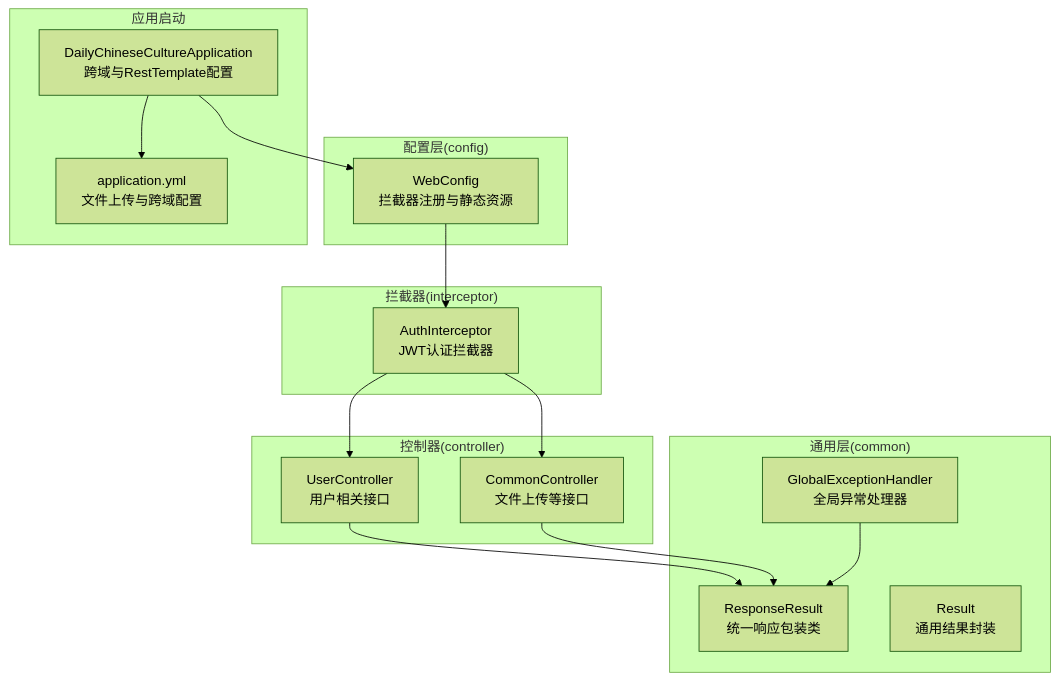
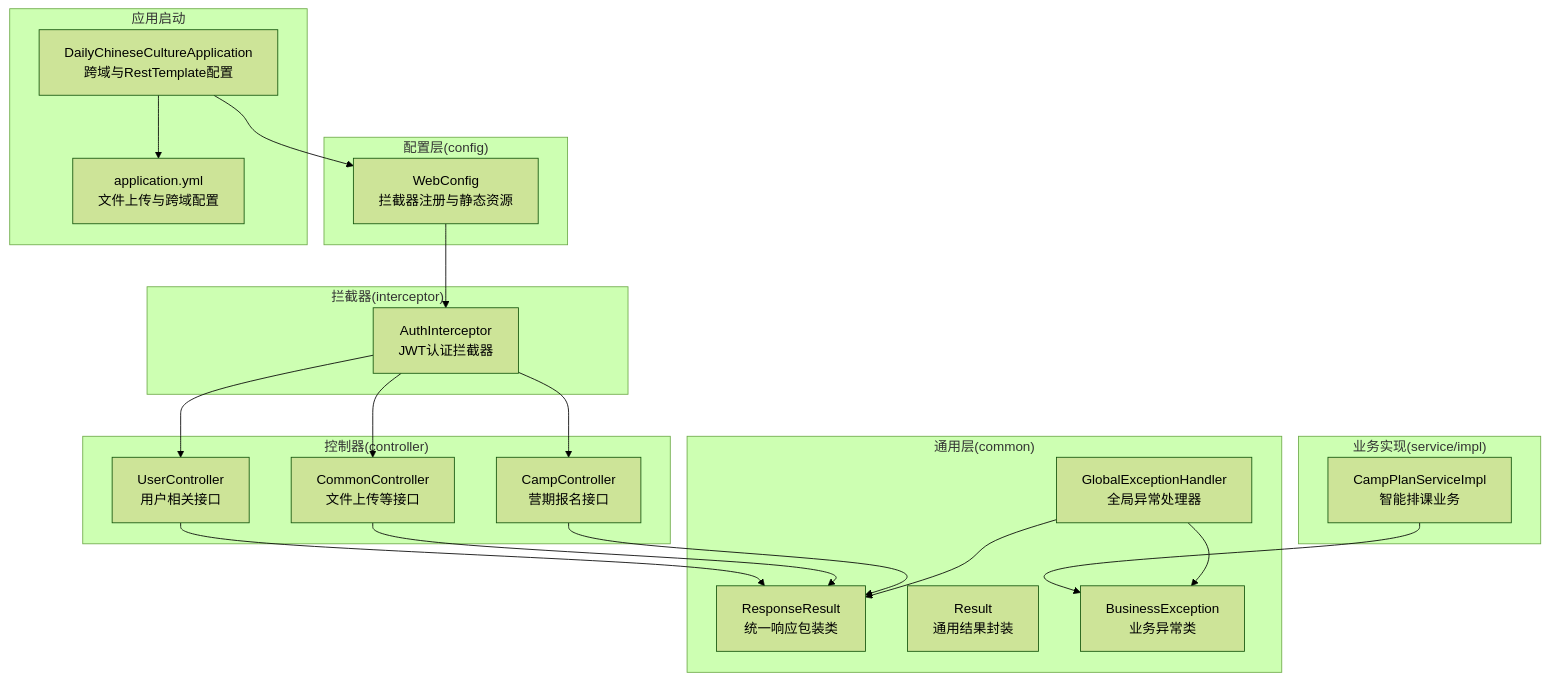
One commit to gaozihaowin/- changed the first of 4 diagrams in .qoder/repowiki/zh/content/架构设计/统一响应与异常处理.md. Above: the diagram before and after it, drawn with Mermaid (forest theme). The commit also changed other lines of this file and 10 other files, not shown here.

````diff
--- a/.qoder/repowiki/zh/content/架构设计/统一响应与异常处理.md
+++ b/.qoder/repowiki/zh/content/架构设计/统一响应与异常处理.md
@@ -43,30 +56,39 @@
 ```mermaid
 graph TB
 subgraph "通用层(common)"
 RR["ResponseResult<br/>统一响应包装类"]
 R["Result<br/>通用结果封装"]
 GEH["GlobalExceptionHandler<br/>全局异常处理器"]
+BE["BusinessException<br/>业务异常类"]
 end
 subgraph "配置层(config)"
 WC["WebConfig<br/>拦截器注册与静态资源"]
 end
 subgraph "拦截器(interceptor)"
 AI["AuthInterceptor<br/>JWT认证拦截器"]
 end
 subgraph "控制器(controller)"
 CC["CommonController<br/>文件上传等接口"]
 UC["UserController<br/>用户相关接口"]
+CCamp["CampController<br/>营期报名接口"]
+end
+subgraph "业务实现(service/impl)"
+CPSI["CampPlanServiceImpl<br/>智能排课业务"]
 end
 subgraph "应用启动"
 APP["DailyChineseCultureApplication<br/>跨域与RestTemplate配置"]
 YML["application.yml<br/>文件上传与跨域配置"]
 end
 WC --> AI
 AI --> UC
 AI --> CC
+AI --> CCamp
 UC --> RR
 CC --> RR
+CCamp --> RR
+CPSI --> BE
 GEH --> RR
+GEH --> BE
 APP --> WC
 APP --> YML
 ```
````
